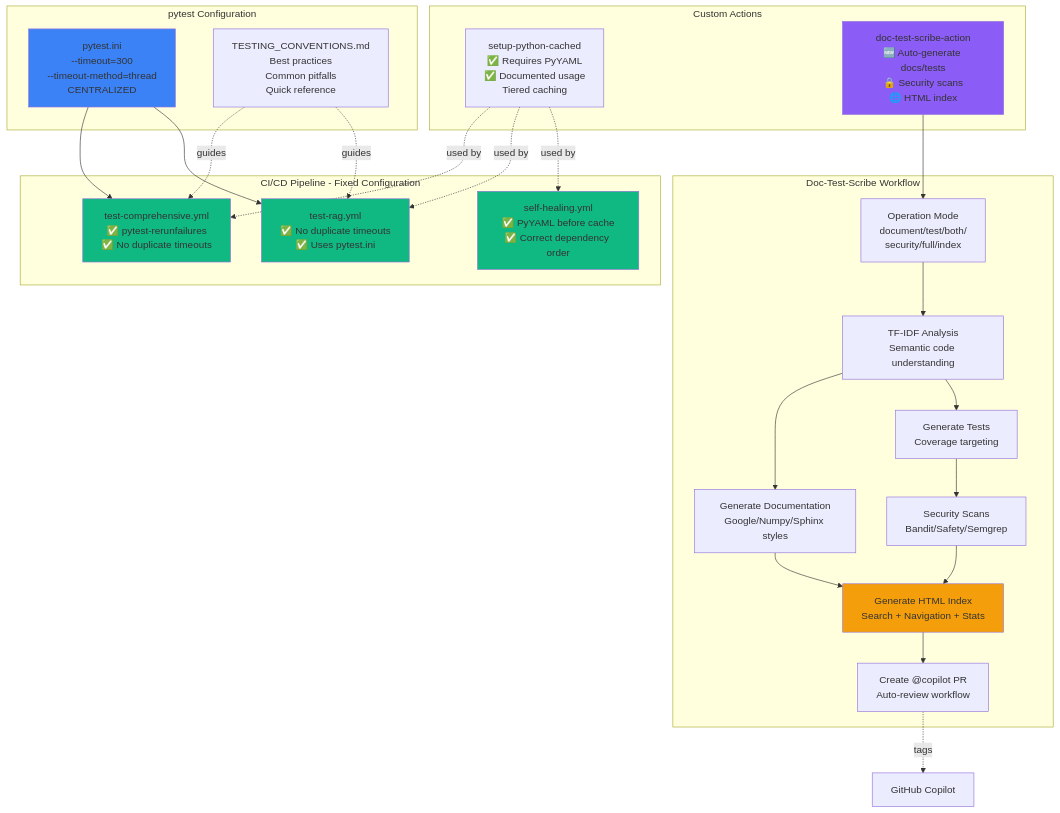
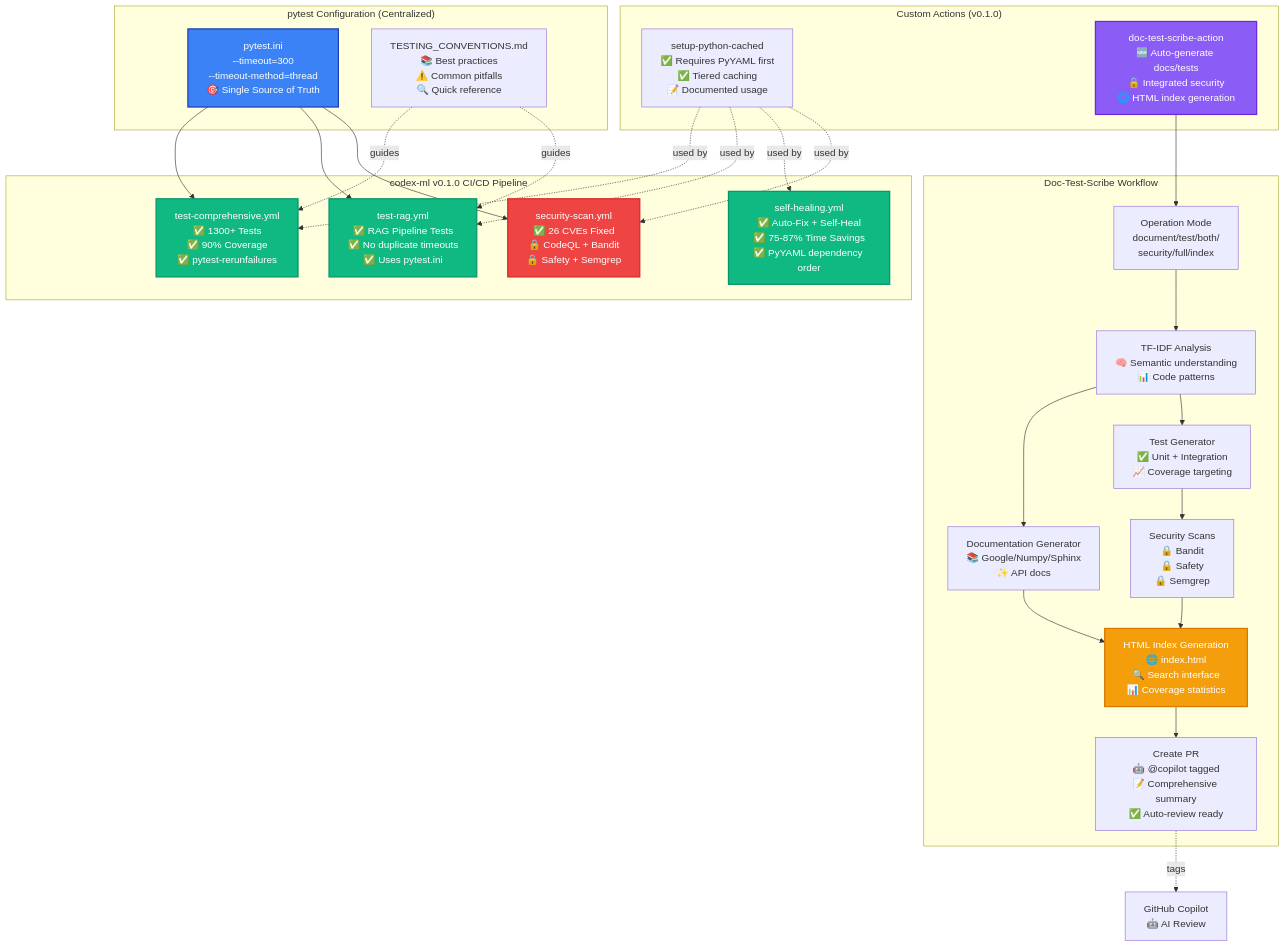
Before and after one commit to Aries-Serpent/_codex_: the first of 13 diagrams in docs/REPOSITORY_ARCHITECTURE_DIAGRAMS.md, drawn with Mermaid. The commit also changed other lines of this file and 9 other files, not shown here.

First line of the commit message:
docs: Complete repo-wide v0.1.0 diagram updates - ALL TASKS COMPLETE

````diff
--- a/docs/REPOSITORY_ARCHITECTURE_DIAGRAMS.md
+++ b/docs/REPOSITORY_ARCHITECTURE_DIAGRAMS.md
@@ -27,59 +29,64 @@
 ```mermaid
 graph TB
-    subgraph "CI/CD Pipeline - Fixed Configuration"
-        TC[test-comprehensive.yml<br/>✅ pytest-rerunfailures<br/>✅ No duplicate timeouts]
-        TR[test-rag.yml<br/>✅ No duplicate timeouts<br/>✅ Uses pytest.ini]
-        SH[self-healing.yml<br/>✅ PyYAML before cache<br/>✅ Correct dependency order]
+    subgraph "codex-ml v0.1.0 CI/CD Pipeline"
+        TC[test-comprehensive.yml<br/>✅ 1300+ Tests<br/>✅ 90% Coverage<br/>✅ pytest-rerunfailures]
+        TR[test-rag.yml<br/>✅ RAG Pipeline Tests<br/>✅ No duplicate timeouts<br/>✅ Uses pytest.ini]
+        SH[self-healing.yml<br/>✅ Auto-Fix + Self-Heal<br/>✅ 75-87% Time Savings<br/>✅ PyYAML dependency order]
+        SEC[security-scan.yml<br/>✅ 26 CVEs Fixed<br/>🔒 CodeQL + Bandit<br/>🔒 Safety + Semgrep]
     end
     
-    subgraph "pytest Configuration"
-        PI[pytest.ini<br/>--timeout=300<br/>--timeout-method=thread<br/>CENTRALIZED]
-        CONV[TESTING_CONVENTIONS.md<br/>Best practices<br/>Common pitfalls<br/>Quick reference]
+    subgraph "pytest Configuration (Centralized)"
+        PI[pytest.ini<br/>--timeout=300<br/>--timeout-method=thread<br/>🎯 Single Source of Truth]
+        CONV[TESTING_CONVENTIONS.md<br/>📚 Best practices<br/>⚠️ Common pitfalls<br/>🔍 Quick reference]
     end
     
-    subgraph "Custom Actions"
-        SPC[setup-python-cached<br/>✅ Requires PyYAML<br/>✅ Documented usage<br/>Tiered caching]
-        DTS[doc-test-scribe-action<br/>🆕 Auto-generate docs/tests<br/>🔒 Security scans<br/>🌐 HTML index]
+    subgraph "Custom Actions (v0.1.0)"
+        SPC[setup-python-cached<br/>✅ Requires PyYAML first<br/>✅ Tiered caching<br/>📝 Documented usage]
+        DTS[doc-test-scribe-action<br/>🆕 Auto-generate docs/tests<br/>🔒 Integrated security<br/>🌐 HTML index generation]
     end
     
     subgraph "Doc-Test-Scribe Workflow"
         MODE[Operation Mode<br/>document/test/both/<br/>security/full/index]
-        ANALYZE[TF-IDF Analysis<br/>Semantic code understanding]
-        GENDOC[Generate Documentation<br/>Google/Numpy/Sphinx styles]
-        GENTEST[Generate Tests<br/>Coverage targeting]
-        SECURITY[Security Scans<br/>Bandit/Safety/Semgrep]
-        HTML[Generate HTML Index<br/>Search + Navigation + Stats]
-        PR[Create @copilot PR<br/>Auto-review workflow]
+        ANALYZE[TF-IDF Analysis<br/>🧠 Semantic understanding<br/>📊 Code patterns]
+        GENDOC[Documentation Generator<br/>📚 Google/Numpy/Sphinx<br/>✨ API docs]
+        GENTEST[Test Generator<br/>✅ Unit + Integration<br/>📈 Coverage targeting]
+        SECURITY[Security Scans<br/>🔒 Bandit<br/>🔒 Safety<br/>🔒 Semgrep]
+        HTML[HTML Index Generation<br/>🌐 index.html<br/>🔍 Search interface<br/>📊 Coverage statistics]
+        PR[Create PR<br/>🤖 @copilot tagged<br/>📝 Comprehensive summary<br/>✅ Auto-review ready]
     end
     
     %% Configuration flows
     PI --> TC
     PI --> TR
+    PI --> SEC
     CONV -.guides.-> TC
     CONV -.guides.-> TR
     
     %% Custom action usage
     SPC -.used by.-> TC
     SPC -.used by.-> TR
     SPC -.used by.-> SH
+    SPC -.used by.-> SEC
     
     %% Doc-Test-Scribe workflow
     MODE --> ANALYZE
     ANALYZE --> GENDOC
     ANALYZE --> GENTEST
     GENDOC --> HTML
     GENTEST --> SECURITY
     SECURITY --> HTML
     HTML --> PR
     
     %% Integration points
     DTS --> MODE
-    PR -.tags.-> Copilot[GitHub Copilot]
+    PR -.tags.-> Copilot[GitHub Copilot<br/>🤖 AI Review]
     
-    style TC fill:#10b981
-    style TR fill:#10b981
-    style SH fill:#10b981
-    style PI fill:#3b82f6
-    style DTS fill:#8b5cf6
-    style HTML fill:#f59e0b
+    %% Styling v0.1.0
+    style TC fill:#10b981,stroke:#059669,stroke-width:2px,color:#fff
+    style TR fill:#10b981,stroke:#059669,stroke-width:2px,color:#fff
+    style SH fill:#10b981,stroke:#059669,stroke-width:2px,color:#fff
+    style SEC fill:#ef4444,stroke:#dc2626,stroke-width:2px,color:#fff
+    style PI fill:#3b82f6,stroke:#1e40af,stroke-width:2px,color:#fff
+    style DTS fill:#8b5cf6,stroke:#6d28d9,stroke-width:2px,color:#fff
+    style HTML fill:#f59e0b,stroke:#d97706,stroke-width:2px,color:#fff
 ```
````
